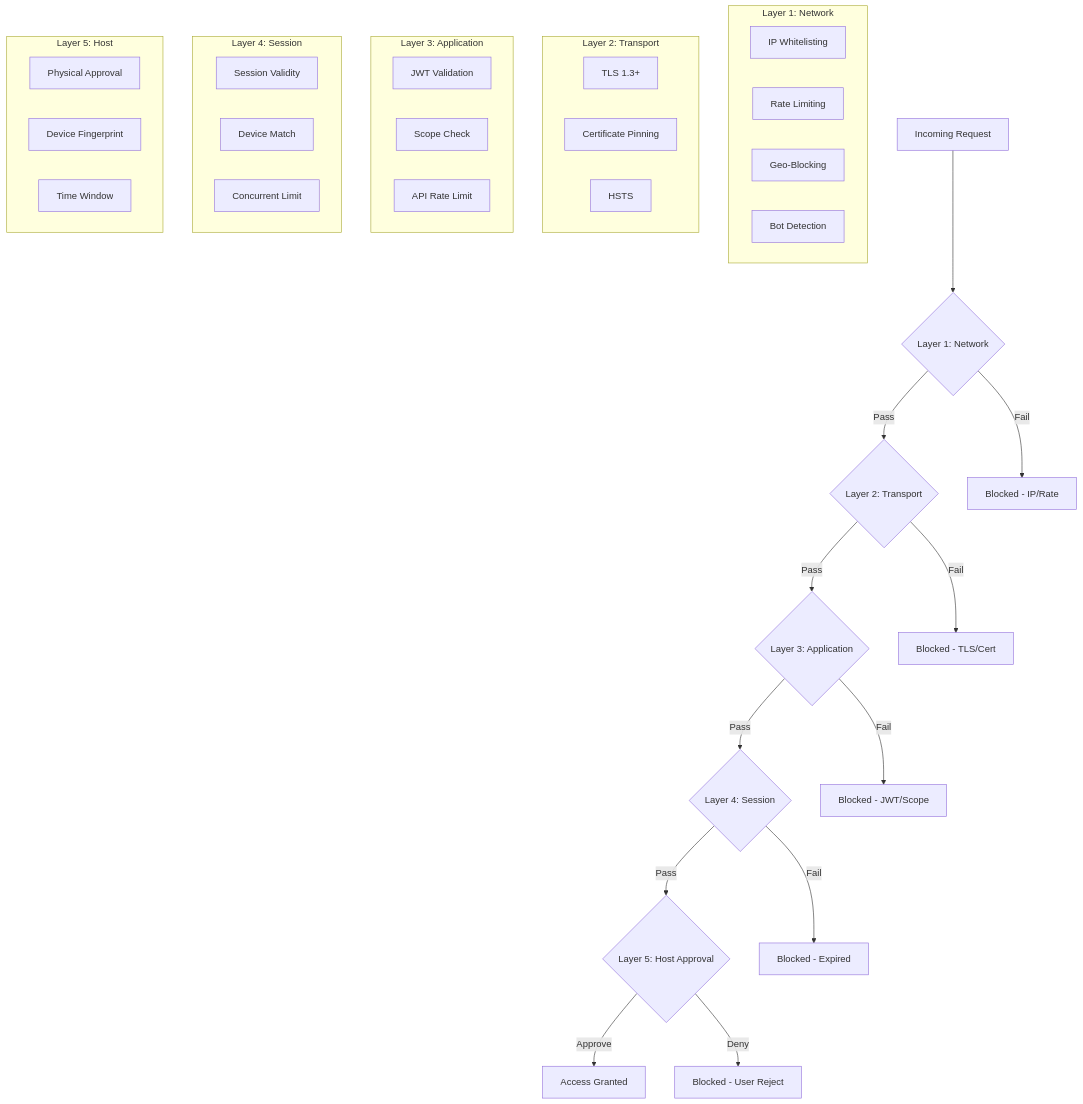
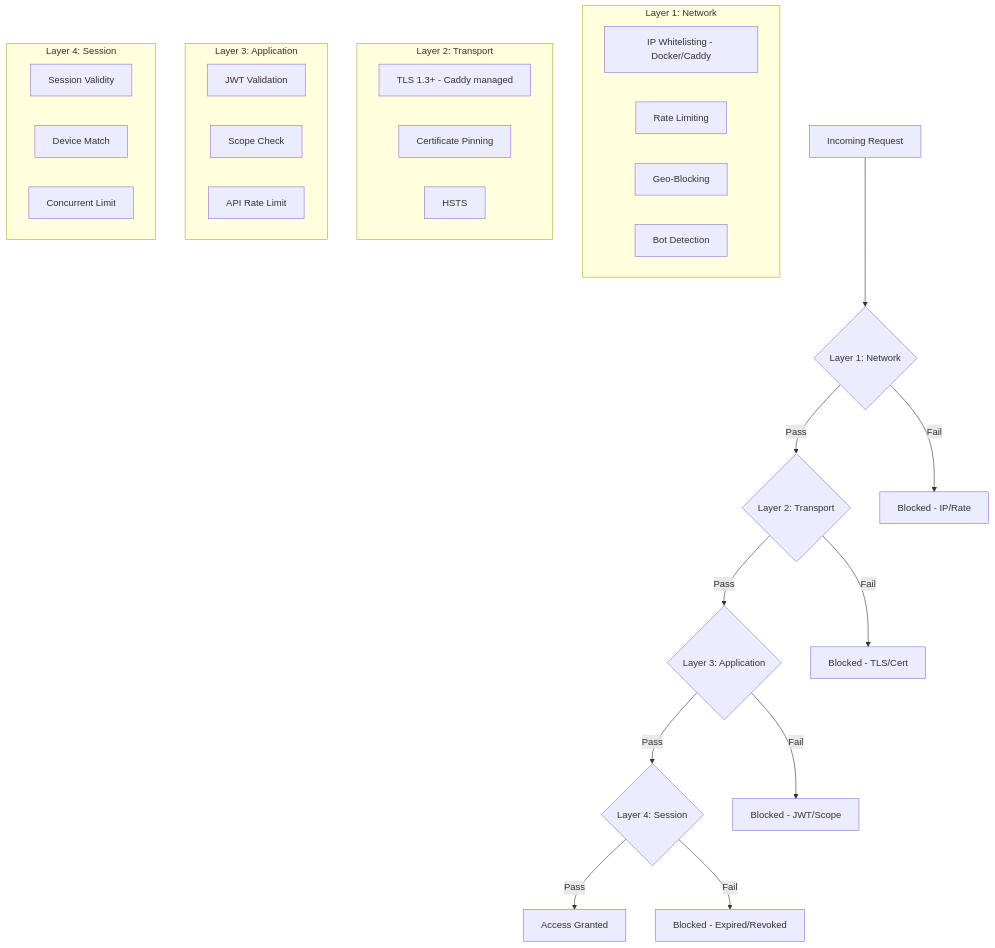
The third of 4 diagrams in docs/ARCHITECTURE.md (ngotuananh101/ponta-remote), drawn with Mermaid before and after one commit. The commit also changed other lines of this file and 9 other files, not shown here.

Commit message:
docs(all): update architecture, deployment guides, and CI/CD for self-hosted backend

````diff
--- a/docs/ARCHITECTURE.md
+++ b/docs/ARCHITECTURE.md
@@ -199,45 +227,37 @@
 ```mermaid
 flowchart TD
     A[Incoming Request] --> B{Layer 1: Network}
     B -->|Pass| C{Layer 2: Transport}
     B -->|Fail| X1[Blocked - IP/Rate]
     C -->|Pass| D{Layer 3: Application}
     C -->|Fail| X2[Blocked - TLS/Cert]
     D -->|Pass| E{Layer 4: Session}
     D -->|Fail| X3[Blocked - JWT/Scope]
-    E -->|Pass| F{Layer 5: Host Approval}
-    E -->|Fail| X4[Blocked - Expired]
-    F -->|Approve| G[Access Granted]
-    F -->|Deny| X5[Blocked - User Reject]
-    
+    E -->|Pass| F[Access Granted]
+    E -->|Fail| X4[Blocked - Expired/Revoked]
+
     subgraph "Layer 1: Network"
-        B1[IP Whitelisting]
+        B1[IP Whitelisting - Docker/Caddy]
         B2[Rate Limiting]
         B3[Geo-Blocking]
         B4[Bot Detection]
     end
-    
+
     subgraph "Layer 2: Transport"
-        C1[TLS 1.3+]
+        C1[TLS 1.3+ - Caddy managed]
         C2[Certificate Pinning]
         C3[HSTS]
     end
-    
+
     subgraph "Layer 3: Application"
         D1[JWT Validation]
         D2[Scope Check]
         D3[API Rate Limit]
     end
-    
+
     subgraph "Layer 4: Session"
         E1[Session Validity]
         E2[Device Match]
         E3[Concurrent Limit]
     end
-    
-    subgraph "Layer 5: Host"
-        F1[Physical Approval]
-        F2[Device Fingerprint]
-        F3[Time Window]
-    end
 ```
````
